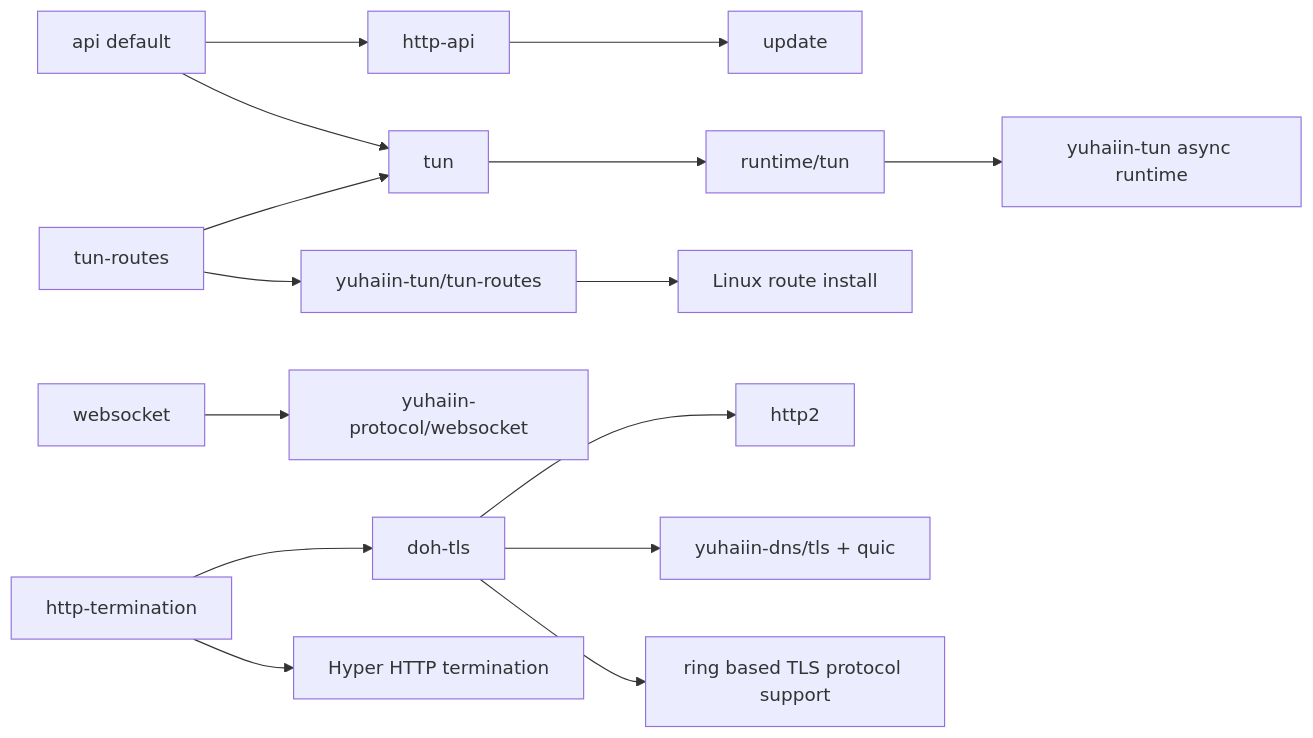
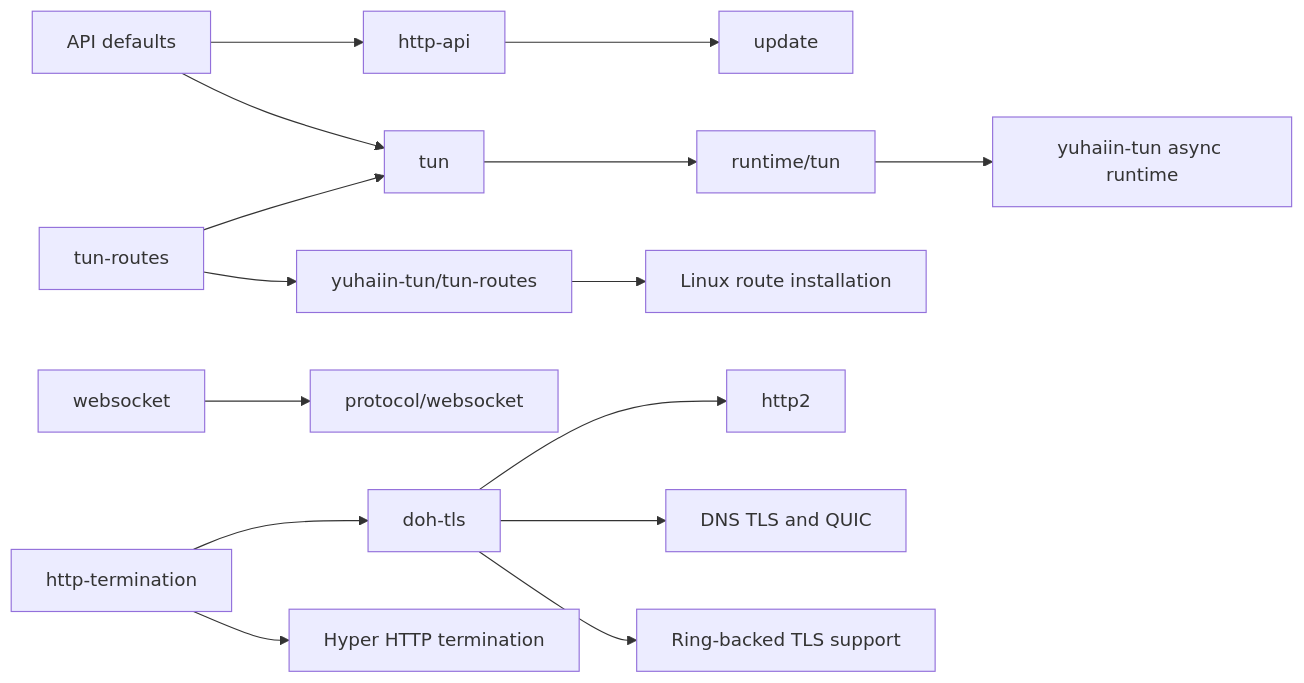
One commit to yuhaiin/doradus changed the second of 11 diagrams in docs/ARCHITECTURE.md. Above: the diagram before and after it, drawn with Mermaid. The commit also changed other lines of this file and 9 other files, not shown here.

````diff
--- a/docs/ARCHITECTURE.md
+++ b/docs/ARCHITECTURE.md
@@ -157,17 +163,17 @@
-```mermaid
+~~~mermaid
 graph LR
-    API[api default] --> HTTPAPI[http-api]
+    API[API defaults] --> HTTPAPI[http-api]
     HTTPAPI --> UPDATE[update]
     API --> TUN[tun]
     TUN --> RUNTIME_TUN[runtime/tun]
     RUNTIME_TUN --> TUNCRATE[yuhaiin-tun async runtime]
     ROUTES[tun-routes] --> TUN
     ROUTES --> TUNROUTES[yuhaiin-tun/tun-routes]
-    TUNROUTES --> LINUX[Linux route install]
+    TUNROUTES --> LINUX[Linux route installation]
     DOH[doh-tls] --> H2[http2]
-    DOH --> DNS_TLS[yuhaiin-dns/tls + quic]
-    DOH --> RUSTLS[ring based TLS protocol support]
-    WS[websocket] --> WS_PROTO[yuhaiin-protocol/websocket]
+    DOH --> DNS_TLS[DNS TLS and QUIC]
+    DOH --> RUSTLS[Ring-backed TLS support]
+    WS[websocket] --> WS_PROTO[protocol/websocket]
     TERM[http-termination] --> DOH
     TERM --> HYPER[Hyper HTTP termination]
-```
+~~~
````
